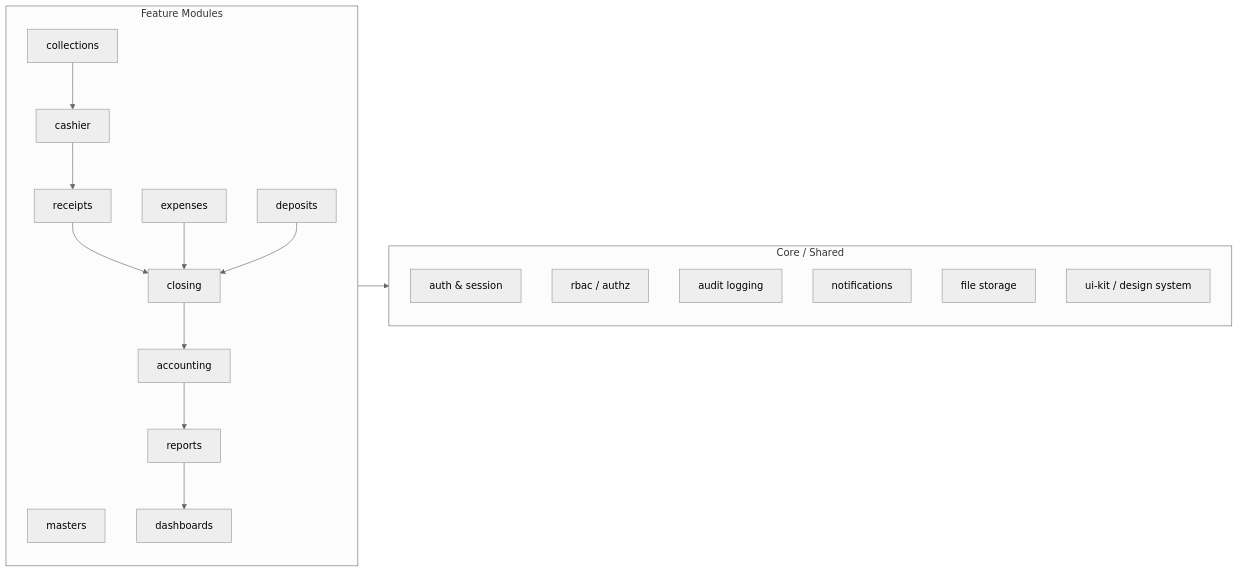
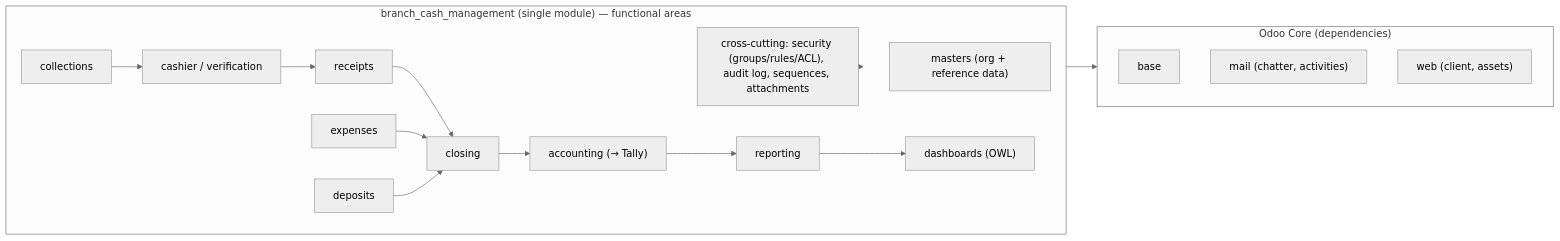
One commit to arunideen/branch-cash-management-system-odoo changed the diagram in docs/diagrams/module-diagram.md. Above: the diagram before and after it, drawn with Mermaid (neutral theme). The commit also changed other lines of this file and 53 other files, not shown here.

````diff
--- a/docs/diagrams/module-diagram.md
+++ b/docs/diagrams/module-diagram.md
@@ -5,30 +5,29 @@
 ```mermaid
 graph LR
-    subgraph Core["Core / Shared"]
-        Auth["auth & session"]
-        RBAC["rbac / authz"]
-        Audit["audit logging"]
-        Notify["notifications"]
-        Files["file storage"]
-        UI["ui-kit / design system"]
+    subgraph Core["Odoo Core (dependencies)"]
+        BASE["base"]
+        MAIL["mail (chatter, activities)"]
+        WEBM["web (client, assets)"]
     end
-    subgraph Features["Feature Modules"]
-        M1["masters"]
+    subgraph BCMS["branch_cash_management (single module) — functional areas"]
+        M1["masters (org + reference data)"]
         M2["collections"]
-        M3["cashier"]
+        M3["cashier / verification"]
         M4["receipts"]
         M5["closing"]
         M6["expenses"]
         M7["deposits"]
-        M8["accounting"]
-        M9["reports"]
-        M10["dashboards"]
+        M8["accounting (→ Tally)"]
+        M9["reporting"]
+        M10["dashboards (OWL)"]
+        X["cross-cutting: security (groups/rules/ACL), audit log, sequences, attachments"]
     end
     M2 --> M3 --> M4 --> M5
     M6 --> M5
     M7 --> M5
     M5 --> M8
     M8 --> M9
     M9 --> M10
-    Features --> Core
+    BCMS --> Core
+    X -.-> BCMS
 ```
````
